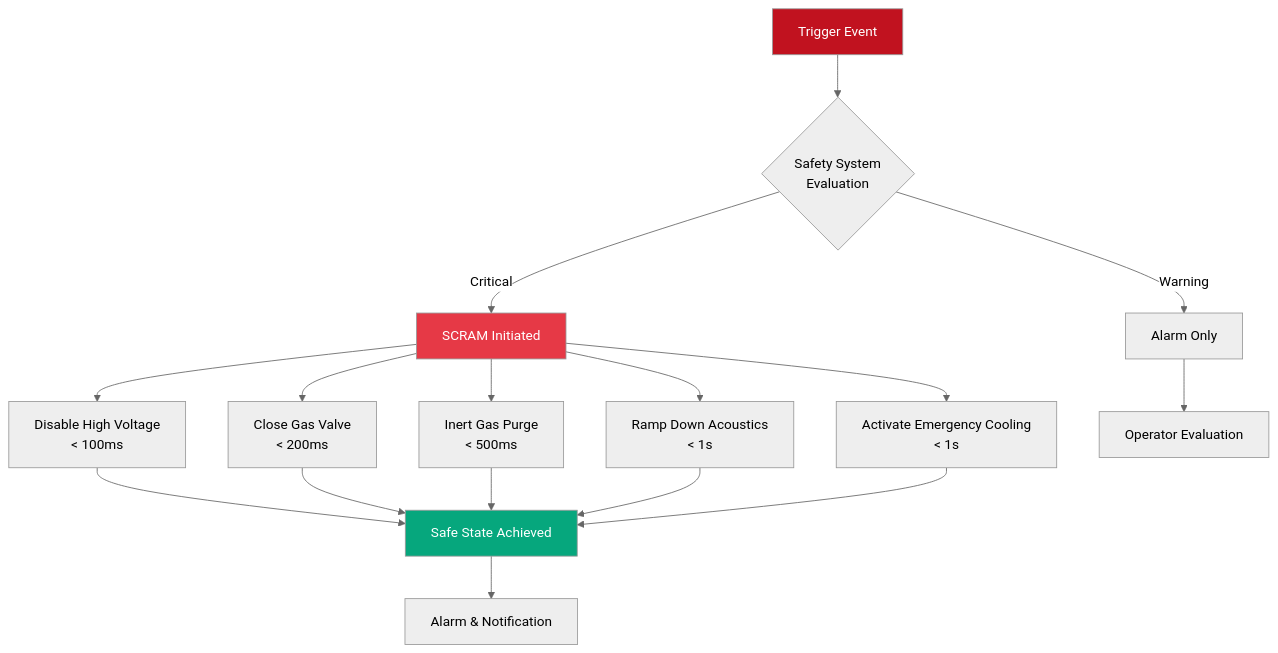
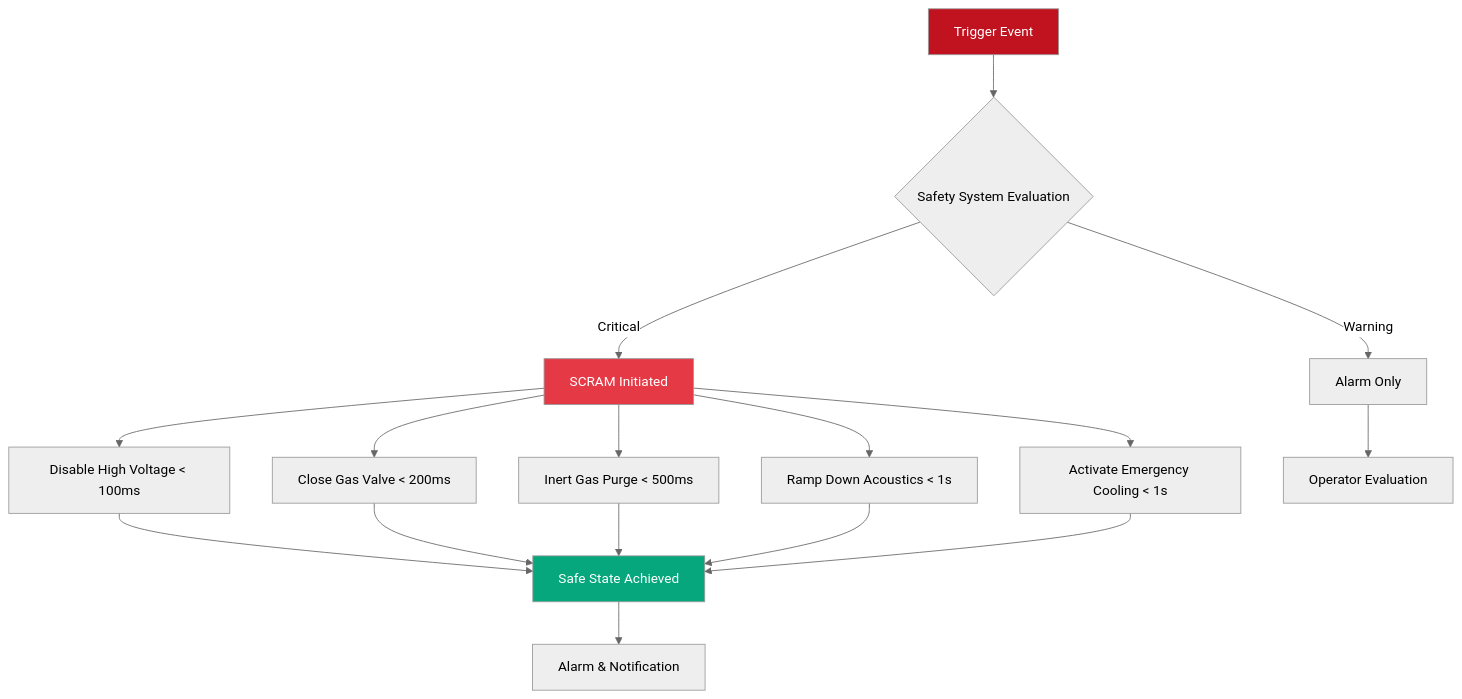
One commit to szemkoff/LAFRES changed the ninth of 11 diagrams in website/docs/system-architecture.md. Above: the diagram before and after it, drawn with Mermaid (neutral theme). The commit also changed other lines of this file and 7 other files, not shown here.

First line of the commit message:
Fix Mermaid diagram syntax - remove br tags

````diff
--- a/website/docs/system-architecture.md
+++ b/website/docs/system-architecture.md
@@ -483,19 +483,19 @@
 ```mermaid
 flowchart TD
-    A[Trigger Event] --> B{Safety System<br/>Evaluation}
+    A[Trigger Event] --> B{Safety System Evaluation}
     B -->|Critical| C[SCRAM Initiated]
-    C --> D[Disable High Voltage<br/>< 100ms]
-    C --> E[Close Gas Valve<br/>< 200ms]
-    C --> F[Inert Gas Purge<br/>< 500ms]
-    C --> G[Ramp Down Acoustics<br/>< 1s]
-    C --> H[Activate Emergency Cooling<br/>< 1s]
+    C --> D[Disable High Voltage < 100ms]
+    C --> E[Close Gas Valve < 200ms]
+    C --> F[Inert Gas Purge < 500ms]
+    C --> G[Ramp Down Acoustics < 1s]
+    C --> H[Activate Emergency Cooling < 1s]
     D & E & F & G & H --> I[Safe State Achieved]
     I --> J[Alarm & Notification]
     
     B -->|Warning| K[Alarm Only]
     K --> L[Operator Evaluation]
     
     style A fill:#c1121f,color:#fff
     style C fill:#e63946,color:#fff
     style I fill:#06a77d,color:#fff
 ```
````
